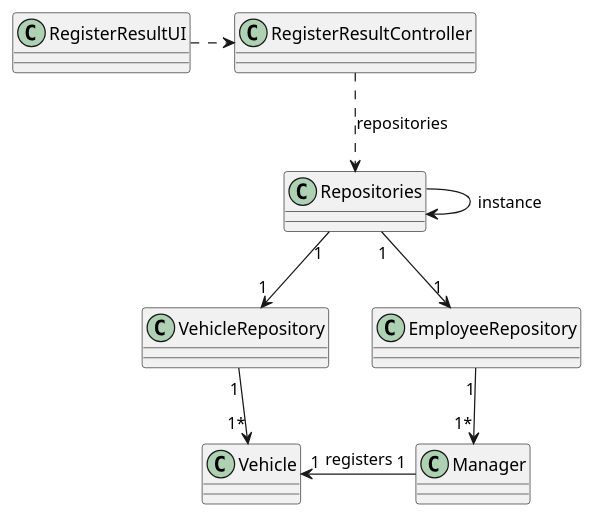
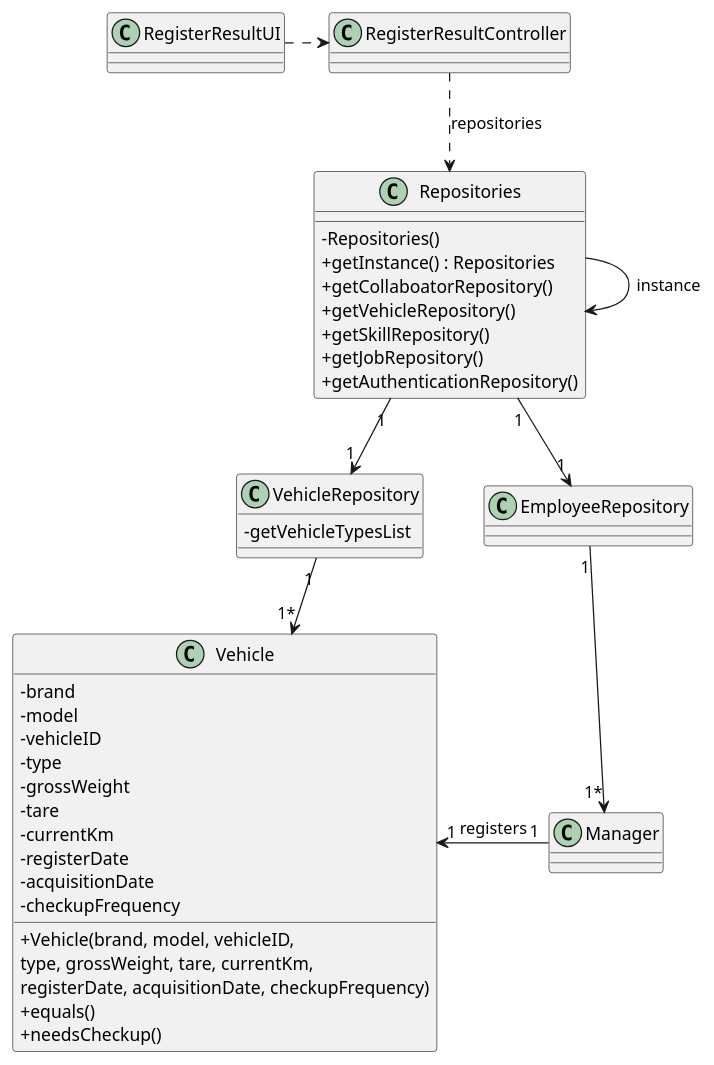
Before and after one commit to Departamento-de-Engenharia-Informatica/lei-24-s2-1df-1de-g063: the diagram in docs/sprint B/us007/03.design/puml/us007-class-diagram.puml, drawn with PlantUML. The commit also changed 1 other file, not shown here.

Commit message:
alteraloes class diagram us007

```diff
--- a/docs/sprint B/us007/03.design/puml/us007-class-diagram.puml
+++ b/docs/sprint B/us007/03.design/puml/us007-class-diagram.puml
@@ -1,52 +1,71 @@
 @startuml
 'skinparam monochrome true
 skinparam packageStyle rectangle
 skinparam shadowing false
 skinparam linetype polyline
 'skinparam linetype orto
 
 skinparam classAttributeIconSize 0
 
 'left to right direction
 class RegisterResultUI{
 
 }
 
 class RegisterResultController{
 
 }
 
 class Repositories{
-
+    - Repositories()
+    + getInstance() : Repositories
+    + getCollaboatorRepository()
+    + getVehicleRepository()
+    + getSkillRepository()
+    + getJobRepository()
+    + getAuthenticationRepository()
 }
 
 class VehicleRepository{
-
+    -getVehicleTypesList
 }
 
 class Vehicle{
+    - brand
+    - model
+    - vehicleID
+    - type
+    - grossWeight
+    - tare
+    - currentKm
+    - registerDate
+    - acquisitionDate
+    - checkupFrequency
 
+    + Vehicle(brand, model, vehicleID, \ntype, grossWeight, tare, currentKm, \nregisterDate, acquisitionDate, checkupFrequency)
+    + equals()
+    + needsCheckup()
 }
 
 class EmployeeRepository{
 
 }
 
 class Manager{
 
 }
 
 RegisterResultUI .> RegisterResultController
 RegisterResultController ..> Repositories : repositories
 Repositories -> Repositories : instance
 Repositories "1" --> "1" VehicleRepository
 VehicleRepository "1" --> "1*" Vehicle
 Repositories "1" --> "1" EmployeeRepository
 EmployeeRepository "1" --> "1*"Manager
 Vehicle "1" <- "1" Manager : registers
 'RegisterResultController ..> VehicleRepository : vehicleRepository'
 'RegisterResultController ..> EmployeeRepository : employeeRepository'
 'RegisterResultController ..> Manager'
 'RegisterResultController ..> Vehicle'
 
 @enduml
```
